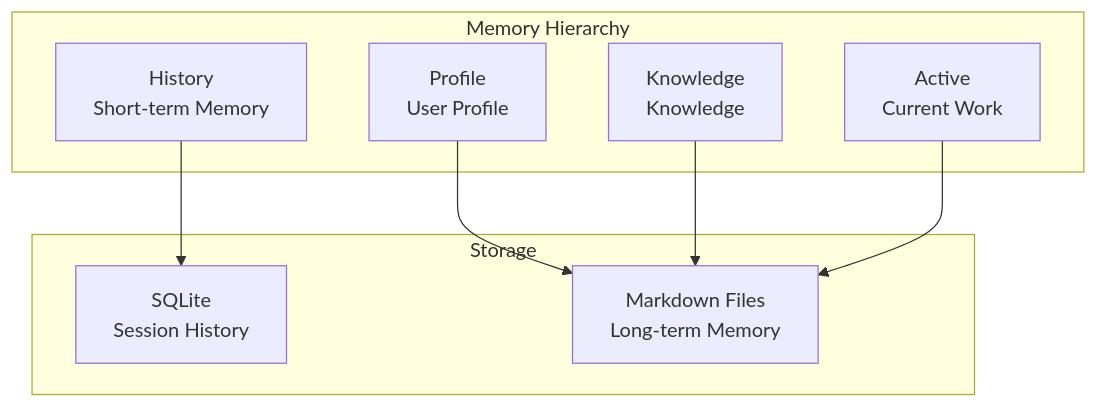
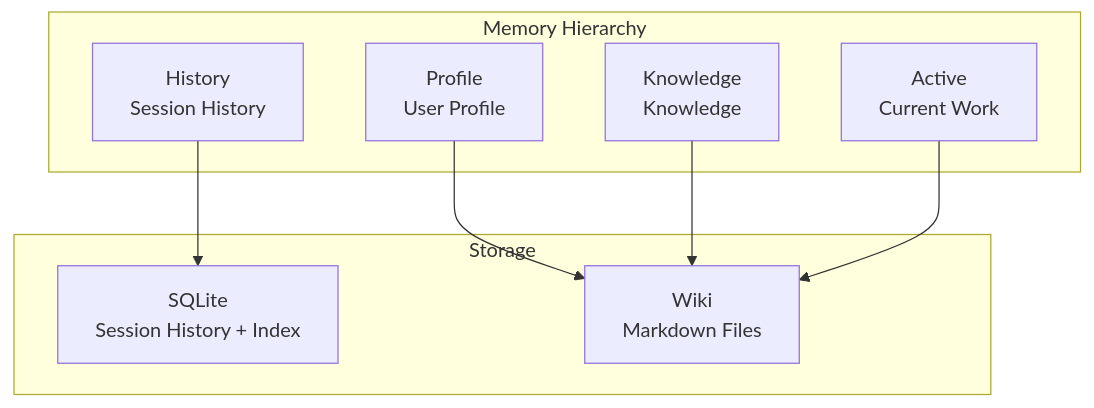
Before and after one commit to yeheng/nanobot-rs: the ninth of 20 diagrams in docs/architecture-en.md, drawn with Mermaid. The commit also changed other lines of this file and 41 other files, not shown here.

````diff
--- a/docs/architecture-en.md
+++ b/docs/architecture-en.md
@@ -288,19 +290,19 @@
 ```mermaid
 flowchart TB
     subgraph Memory_Hierarchy["Memory Hierarchy"]
-        H[History<br/>Short-term Memory]
+        H[History<br/>Session History]
         P[Profile<br/>User Profile]
         K[Knowledge<br/>Knowledge]
         A[Active<br/>Current Work]
     end
-    
+
     subgraph Storage["Storage"]
-        S1[SQLite<br/>Session History]
-        S2[Markdown Files<br/>Long-term Memory]
+        S1[SQLite<br/>Session History + Index]
+        S2[Wiki<br/>Markdown Files]
     end
-    
+
     H --> S1
     P --> S2
     K --> S2
     A --> S2
 ```
````
